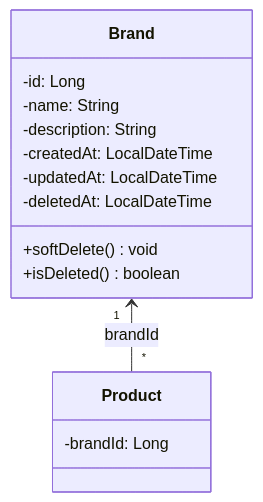
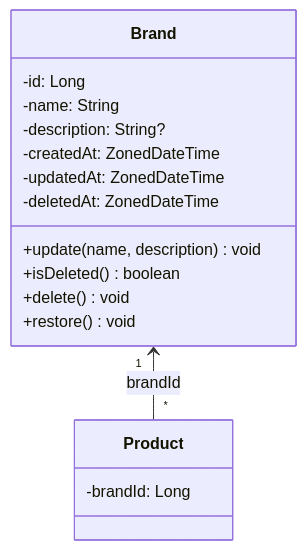
Before and after one commit to Loopers-dev-lab/loop-pack-be-l2-vol3-kotlin: the third of 8 diagrams in docs/design/03-class-diagram.md, drawn with Mermaid. The commit also changed other lines of this file, not shown here.

First line of the commit message:
docs: 클래스 다이어그램을 실제 코드 구조에 맞게 수정

````diff
--- a/docs/design/03-class-diagram.md
+++ b/docs/design/03-class-diagram.md
@@ -147,19 +181,21 @@
 ```mermaid
 classDiagram
     class Brand {
         -id: Long
         -name: String
-        -description: String
-        -createdAt: LocalDateTime
-        -updatedAt: LocalDateTime
-        -deletedAt: LocalDateTime
-        +softDelete() void
+        -description: String?
+        -createdAt: ZonedDateTime
+        -updatedAt: ZonedDateTime
+        -deletedAt: ZonedDateTime
+        +update(name, description) void
         +isDeleted() boolean
+        +delete() void
+        +restore() void
     }
 
     class Product {
         -brandId: Long
     }
 
     Brand "1" <-- "*" Product : brandId
 ```
````
